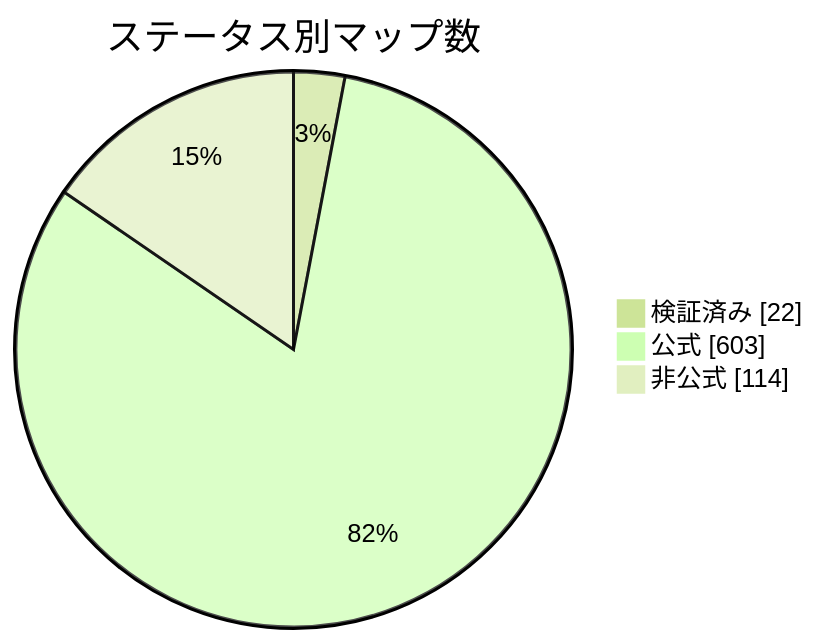
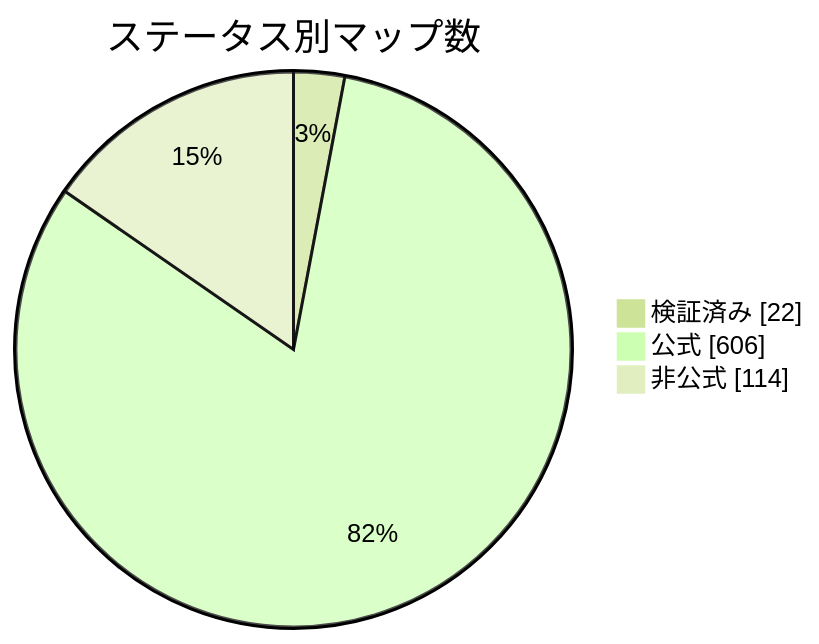
One commit to nobrega8/mbmap-library changed the diagram in docs/readme/README_JP.md. Above: the diagram before and after it, drawn with Mermaid (forest theme). The commit also changed 8 other files, not shown here.

````diff
--- a/docs/readme/README_JP.md
+++ b/docs/readme/README_JP.md
@@ -54,7 +54,7 @@
 ```mermaid
 pie showData
     title ステータス別マップ数
     "検証済み" : 22
-    "公式" : 603
+    "公式" : 606
     "非公式" : 114
 ```
````
